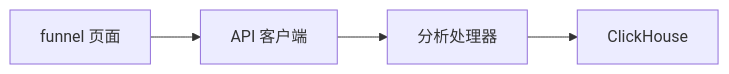
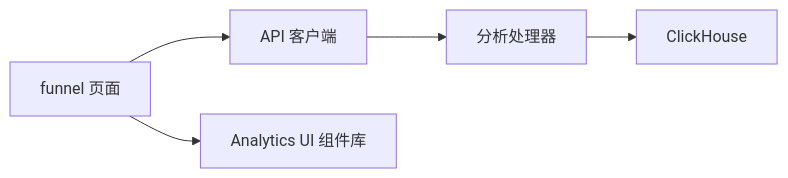
One commit to zhen-zhong/AeroLog changed the sixth of 6 diagrams in .qoder/repowiki/zh/content/Web控制台/漏斗分析功能.md. Above: the diagram before and after it, drawn with Mermaid. The commit also changed other lines of this file and 26 other files, not shown here.

````diff
--- a/.qoder/repowiki/zh/content/Web控制台/漏斗分析功能.md
+++ b/.qoder/repowiki/zh/content/Web控制台/漏斗分析功能.md
@@ -175,6 +230,7 @@
 ```mermaid
 graph LR
 Page["funnel 页面"] --> API["API 客户端"]
+Page --> UI["Analytics UI 组件库"]
 API --> Handler["分析处理器"]
 Handler --> CH["ClickHouse"]
 ```
````
